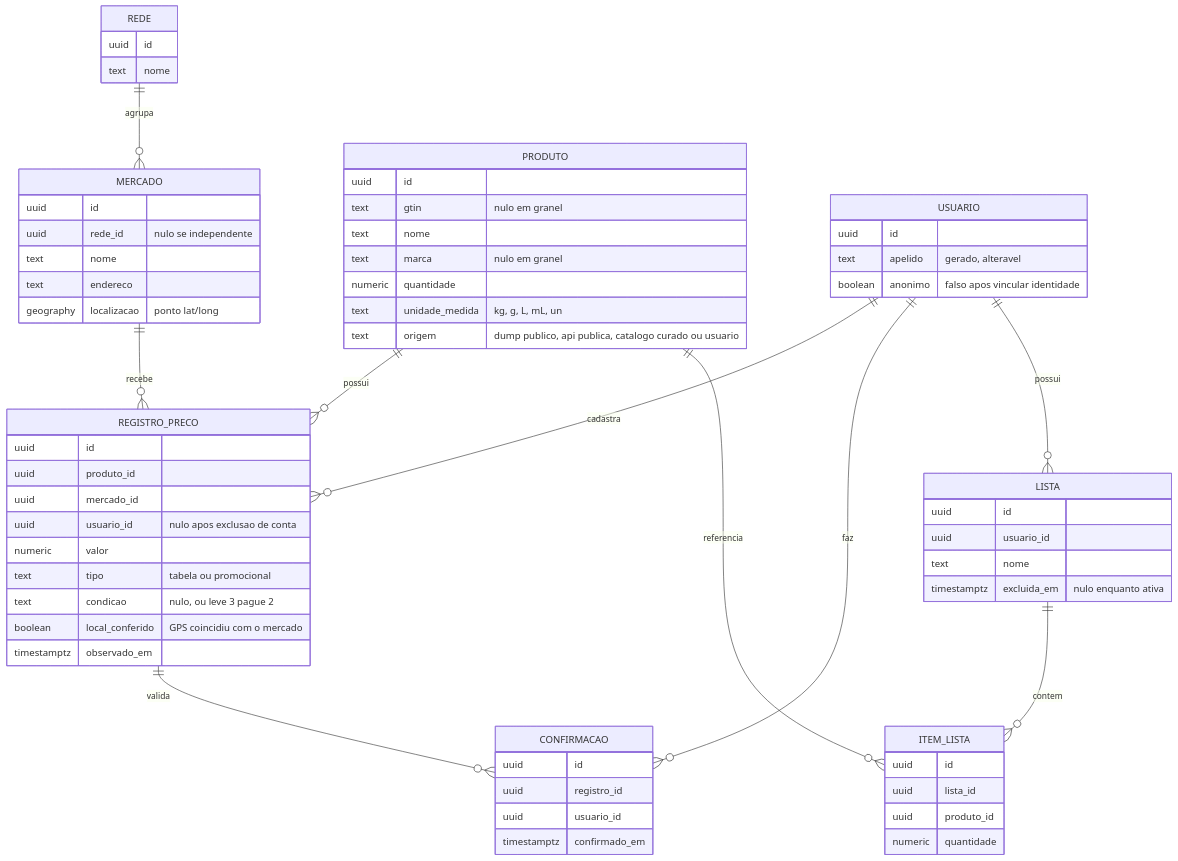
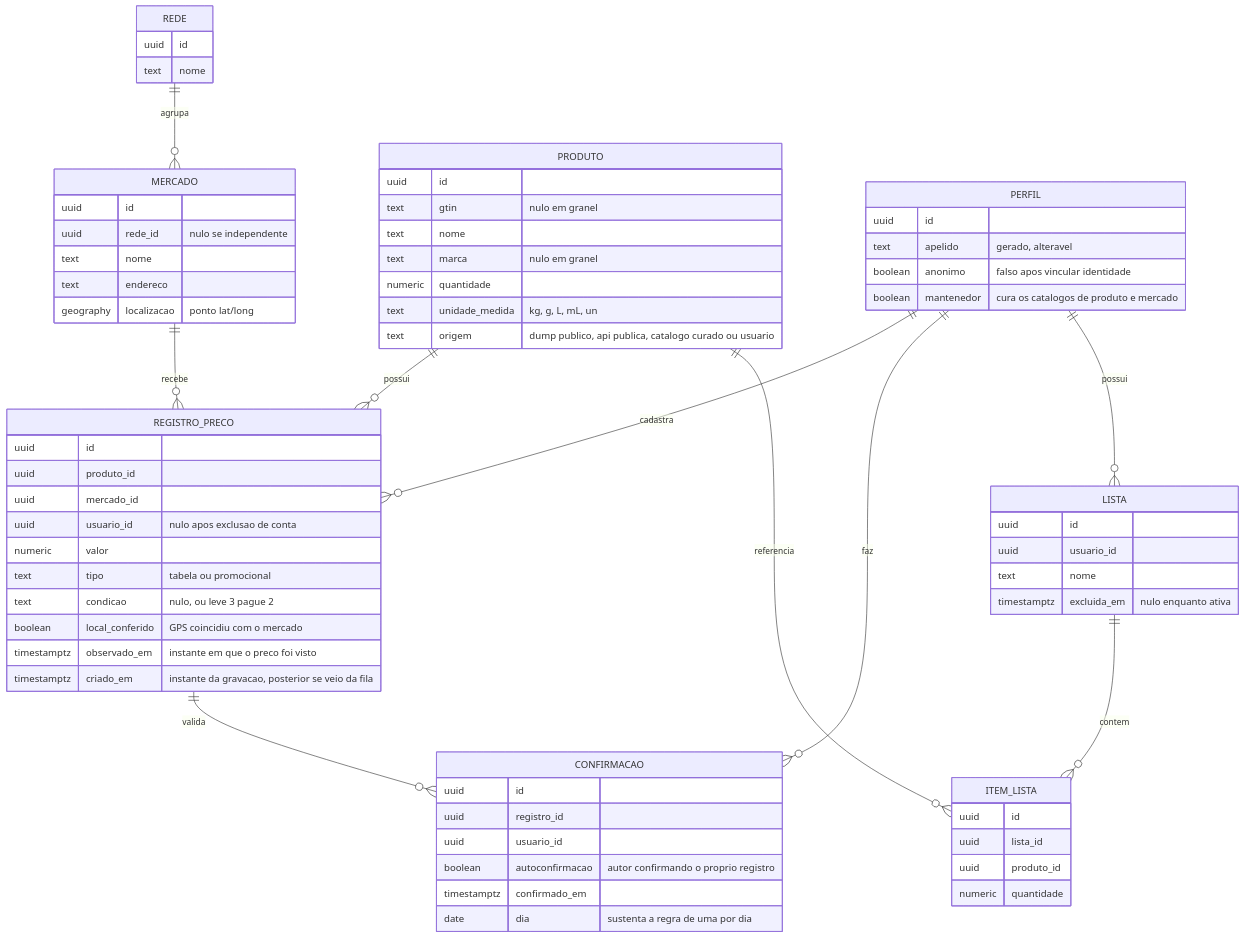
One commit to valdersonjr/bom-preco changed the diagram in artefatos/requisitos/2-analise/modelo-de-dominio.md. Above: the diagram before and after it, drawn with Mermaid. The commit also changed other lines of this file and 5 other files, not shown here.

````diff
--- a/artefatos/requisitos/2-analise/modelo-de-dominio.md
+++ b/artefatos/requisitos/2-analise/modelo-de-dominio.md
@@ -26,67 +28,71 @@
 ```mermaid
 erDiagram
     REDE ||--o{ MERCADO : agrupa
     MERCADO ||--o{ REGISTRO_PRECO : recebe
     PRODUTO ||--o{ REGISTRO_PRECO : possui
-    USUARIO ||--o{ REGISTRO_PRECO : cadastra
+    PERFIL ||--o{ REGISTRO_PRECO : cadastra
     REGISTRO_PRECO ||--o{ CONFIRMACAO : valida
-    USUARIO ||--o{ CONFIRMACAO : faz
-    USUARIO ||--o{ LISTA : possui
+    PERFIL ||--o{ CONFIRMACAO : faz
+    PERFIL ||--o{ LISTA : possui
     LISTA ||--o{ ITEM_LISTA : contem
     PRODUTO ||--o{ ITEM_LISTA : referencia
 
     REDE {
         uuid id
         text nome
     }
     MERCADO {
         uuid id
         uuid rede_id "nulo se independente"
         text nome
         text endereco
         geography localizacao "ponto lat/long"
     }
     PRODUTO {
         uuid id
         text gtin "nulo em granel"
         text nome
         text marca "nulo em granel"
         numeric quantidade
         text unidade_medida "kg, g, L, mL, un"
         text origem "dump publico, api publica, catalogo curado ou usuario"
     }
     REGISTRO_PRECO {
         uuid id
         uuid produto_id
         uuid mercado_id
         uuid usuario_id "nulo apos exclusao de conta"
         numeric valor
         text tipo "tabela ou promocional"
         text condicao "nulo, ou leve 3 pague 2"
         boolean local_conferido "GPS coincidiu com o mercado"
-        timestamptz observado_em
+        timestamptz observado_em "instante em que o preco foi visto"
+        timestamptz criado_em "instante da gravacao, posterior se veio da fila"
     }
     CONFIRMACAO {
         uuid id
         uuid registro_id
         uuid usuario_id
+        boolean autoconfirmacao "autor confirmando o proprio registro"
         timestamptz confirmado_em
+        date dia "sustenta a regra de uma por dia"
     }
-    USUARIO {
+    PERFIL {
         uuid id
         text apelido "gerado, alteravel"
         boolean anonimo "falso apos vincular identidade"
+        boolean mantenedor "cura os catalogos de produto e mercado"
     }
     LISTA {
         uuid id
         uuid usuario_id
         text nome
         timestamptz excluida_em "nulo enquanto ativa"
     }
     ITEM_LISTA {
         uuid id
         uuid lista_id
         uuid produto_id
         numeric quantidade
     }
 ```
````
